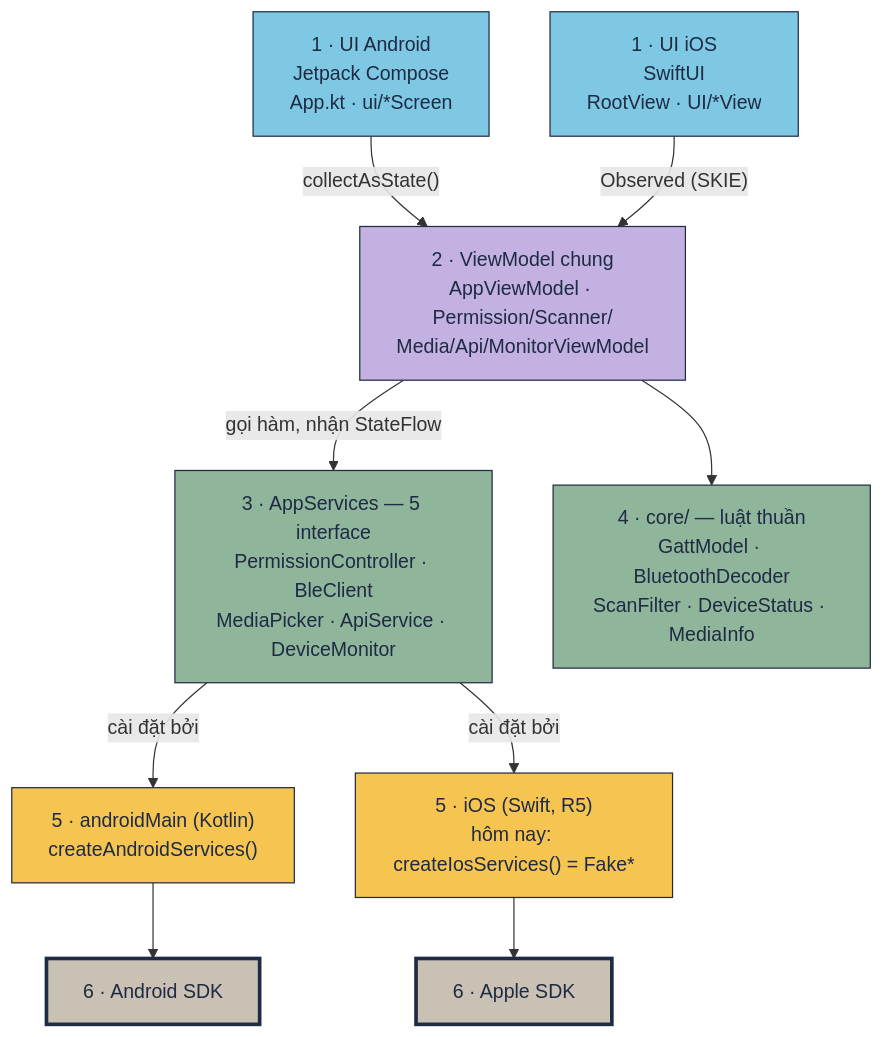
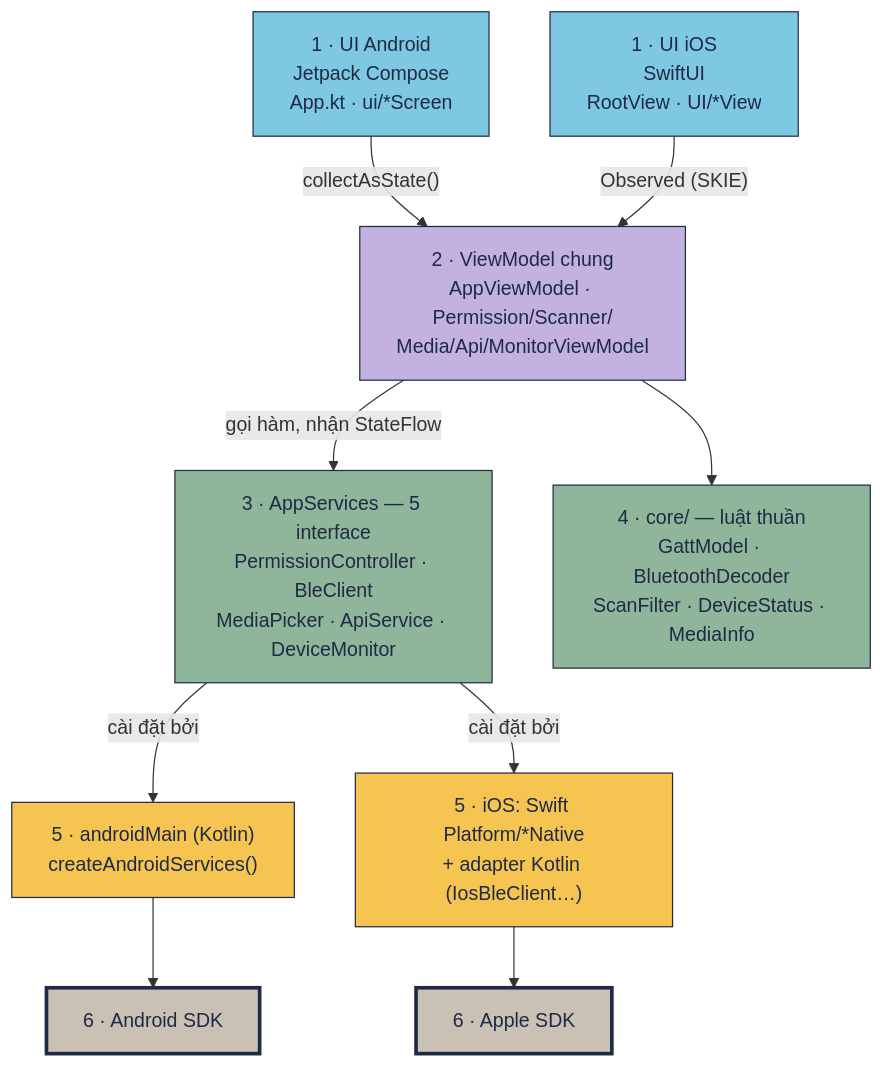
The first of 5 diagrams in docs/README-KMP-HOW-IT-WORKS.md (tucarmd/kotlin-multi-platform), drawn with Mermaid before and after one commit. The commit also changed other lines of this file and 6 other files, not shown here.

First line of the commit message:
docs(site): R5 — iOS real SDK in Swift + Kotlin adapters, simulator-checked, real iPhone pending

````diff
--- a/docs/README-KMP-HOW-IT-WORKS.md
+++ b/docs/README-KMP-HOW-IT-WORKS.md
@@ -42,30 +42,30 @@
 ```mermaid
 flowchart TB
     AUI["1 · UI Android<br/>Jetpack Compose<br/>App.kt · ui/*Screen"]
     IUI["1 · UI iOS<br/>SwiftUI<br/>RootView · UI/*View"]
     VM["2 · ViewModel chung<br/>AppViewModel · Permission/Scanner/<br/>Media/Api/MonitorViewModel"]
     CONTRACT["3 · AppServices — 5 interface<br/>PermissionController · BleClient<br/>MediaPicker · ApiService · DeviceMonitor"]
     R["4 · core/ — luật thuần<br/>GattModel · BluetoothDecoder<br/>ScanFilter · DeviceStatus · MediaInfo"]
     AM["5 · androidMain (Kotlin)<br/>createAndroidServices()"]
-    IM["5 · iOS (Swift, R5)<br/>hôm nay: createIosServices() = Fake*"]
+    IM["5 · iOS: Swift Platform/*Native<br/>+ adapter Kotlin (IosBleClient…)"]
     AS["6 · Android SDK"]
     IS["6 · Apple SDK"]
     AUI -- "collectAsState()" --> VM
     IUI -- "Observed (SKIE)" --> VM
     VM -- "gọi hàm, nhận StateFlow" --> CONTRACT
     VM --> R
     CONTRACT -- "cài đặt bởi" --> AM
     CONTRACT -- "cài đặt bởi" --> IM
     AM --> AS
     IM --> IS
     classDef ui fill:#7EC8E3,stroke:#1F2A44,color:#1F2A44
     classDef vm fill:#C3B1E1,stroke:#1F2A44,color:#1F2A44
     classDef kmp fill:#8FB59A,stroke:#1F2A44,color:#1F2A44
     classDef plat fill:#F5C451,stroke:#1F2A44,color:#1F2A44
     classDef sdk fill:#C9C1B3,stroke:#1F2A44,color:#1F2A44,stroke-width:3px
     class AUI,IUI ui
     class VM vm
     class CONTRACT,R kmp
     class AM,IM plat
     class AS,IS sdk
 ```
````
